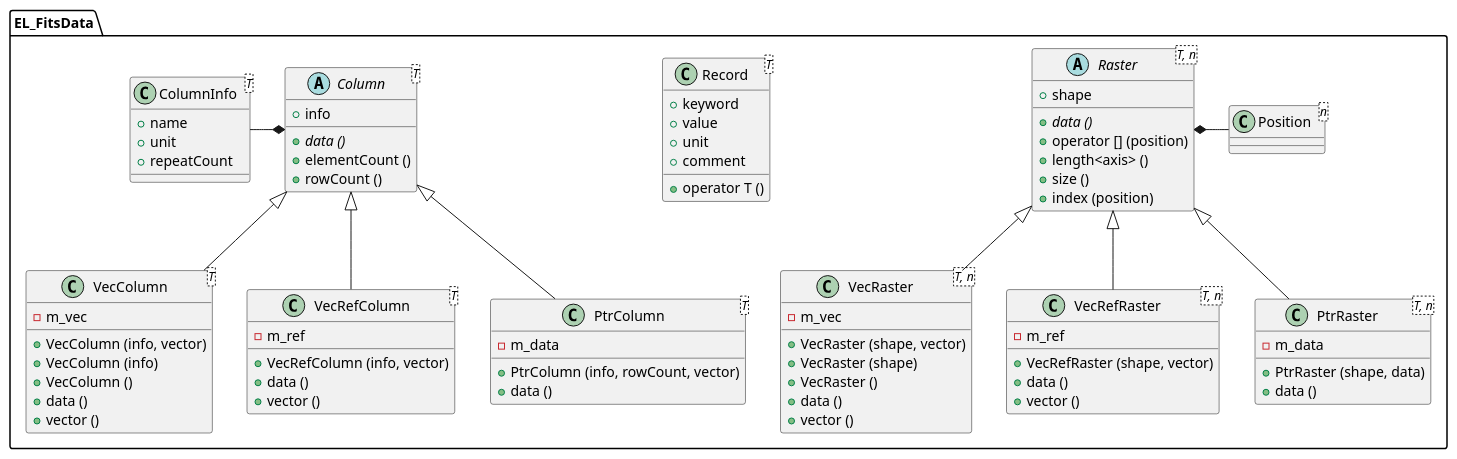
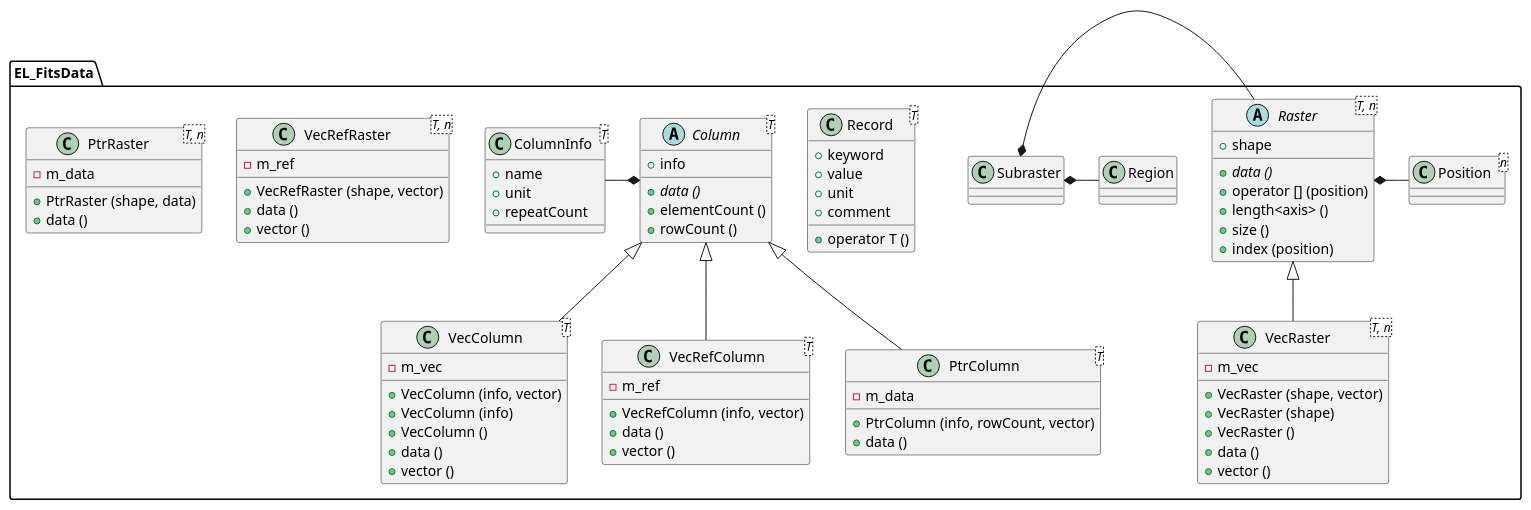
One commit to CNES/EleFits changed the diagram in doc/diagrams/src/FitsData.puml. Above: the diagram before and after it, drawn with PlantUML. The commit also changed 7 other files, not shown here.

```diff
--- a/doc/diagrams/src/FitsData.puml
+++ b/doc/diagrams/src/FitsData.puml
@@ -1,96 +1,96 @@
 @startuml
 
 package EL_FitsData {
 
 Raster <|-- VecRaster
-Raster <|-- VecRefRaster
-Raster <|-- PtrRaster
 Raster *- Position
+Subraster *- Raster
+Subraster *- Region
 
 Record -[hidden] Record
 
 Column <|-- VecColumn
 Column <|-- VecRefColumn
 Column <|-- PtrColumn
 ColumnInfo -* Column
 
 class Position<n> {
 }
 
 abstract class Raster<T, n> {
 + shape
 + {abstract} data ()
 + operator [] (position)
 + length<axis> ()
 + size ()
 + index (position)
 }
 
 class VecRaster<T, n> {
 - m_vec
 + VecRaster (shape, vector)
 + VecRaster (shape)
 + VecRaster ()
 + data ()
 + vector ()
 }
 
 class VecRefRaster<T, n> {
 - m_ref
 + VecRefRaster (shape, vector)
 + data ()
 + vector ()
 }
 
 class PtrRaster<T, n> {
 - m_data
 + PtrRaster (shape, data)
 + data ()
 }
 
 class Record<T> {
 + keyword
 + value
 + unit
 + comment
 + operator T ()
 }
 
 class ColumnInfo<T> {
 + name
 + unit
 + repeatCount
 }
 
 abstract class Column<T> {
 + info
 + {abstract} data ()
 + elementCount ()
 + rowCount ()
 }
 
 class VecColumn<T> {
 - m_vec
 + VecColumn (info, vector)
 + VecColumn (info)
 + VecColumn ()
 + data ()
 + vector ()
 }
 
 class VecRefColumn<T> {
 - m_ref
 + VecRefColumn (info, vector)
 + data ()
 + vector ()
 }
 
 class PtrColumn<T> {
 - m_data
 + PtrColumn (info, rowCount, vector)
 + data ()
 }
 
 }
 
 @enduml
```
